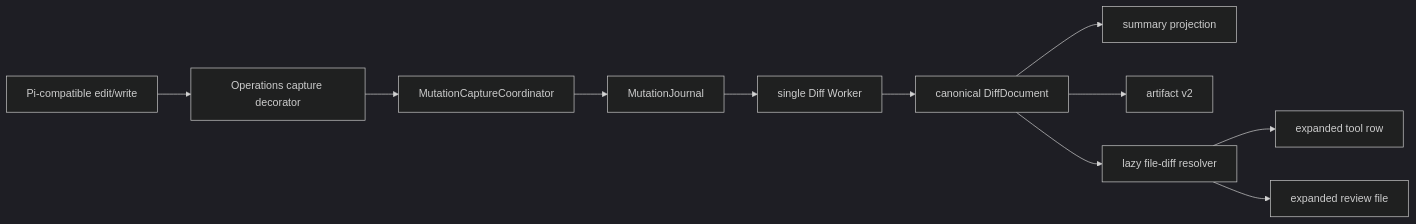
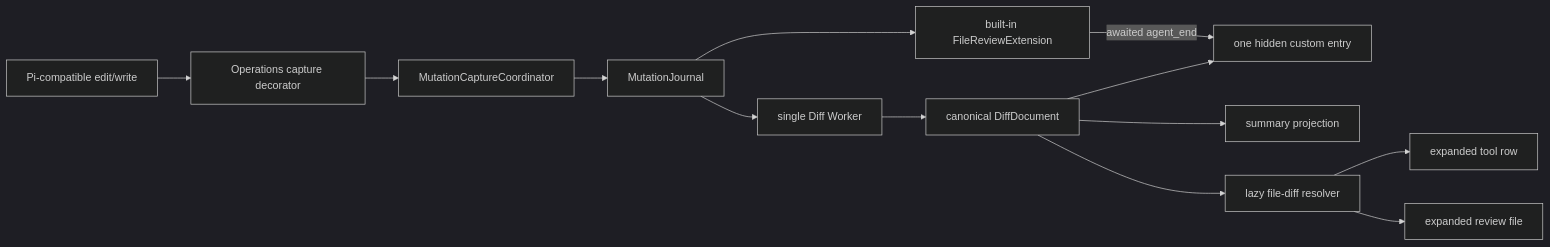
The diagram in docs/changes-review-diff.md (NH-99-FE/scoutAgent), drawn with Mermaid (dark theme) before and after one commit. The commit also changed other lines of this file and 4 other files, not shown here.

````diff
--- a/docs/changes-review-diff.md
+++ b/docs/changes-review-diff.md
@@ -7,13 +7,15 @@
 ```mermaid
 flowchart LR
   Tool["Pi-compatible edit/write"] --> Decorator["Operations capture decorator"]
   Decorator --> Capture["MutationCaptureCoordinator"]
   Capture --> Journal["MutationJournal"]
   Journal --> Worker["single Diff Worker"]
   Worker --> Document["canonical DiffDocument"]
+  Journal --> Extension["built-in FileReviewExtension"]
+  Extension -->|"awaited agent_end"| Entry["one hidden custom entry"]
   Document --> Summary["summary projection"]
-  Document --> Artifact["artifact v2"]
+  Document --> Entry
   Document --> Resolver["lazy file-diff resolver"]
   Resolver --> Chat["expanded tool row"]
   Resolver --> Panel["expanded review file"]
 ```
````
